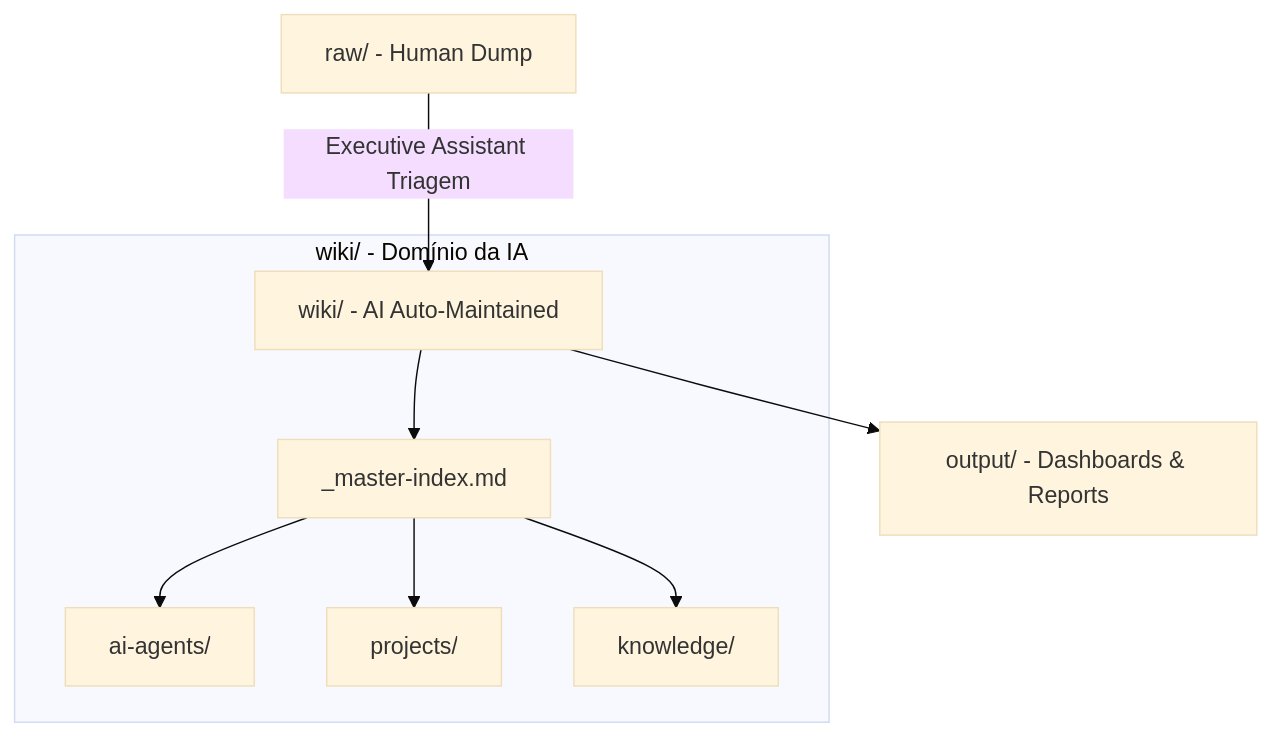
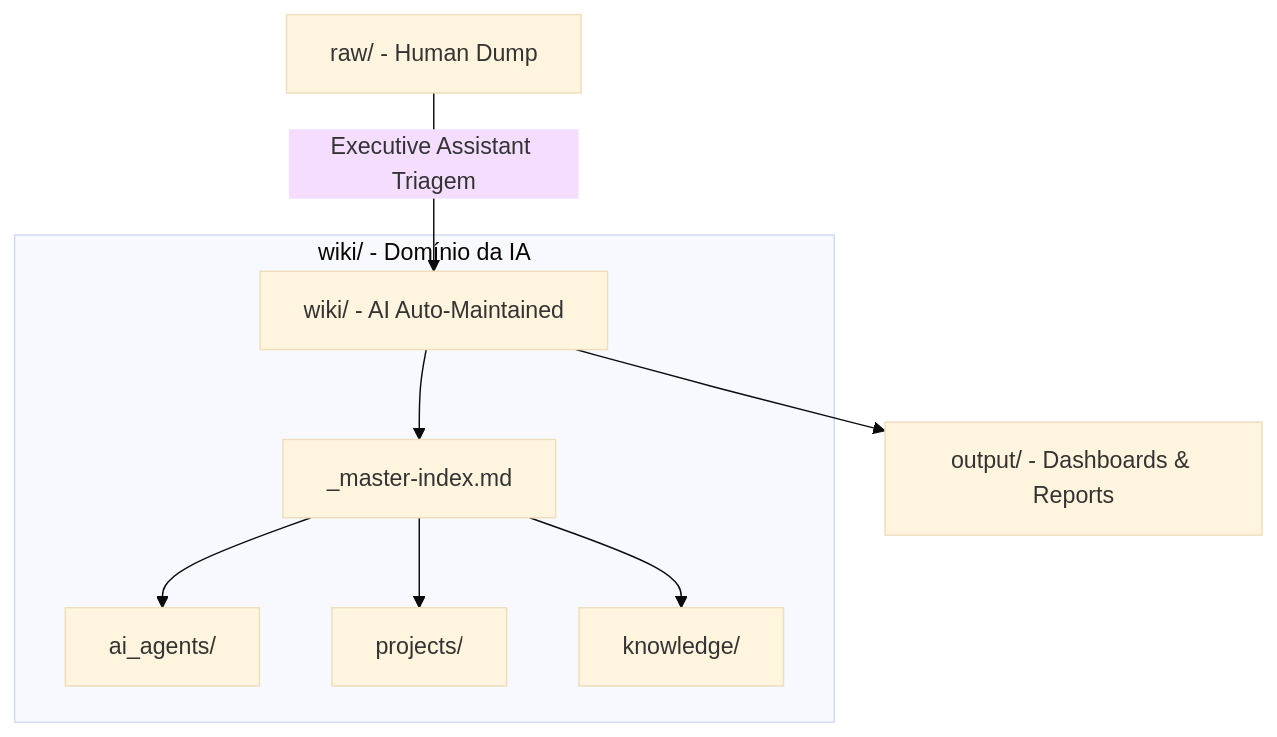
One commit to talesoftalles1-dev/tales-of-talles changed the diagram in 70 Sistema/_Spec JARVIS.md. Above: the diagram before and after it, drawn with Mermaid (base theme). The commit also changed other lines of this file and 7 other files, not shown here.

````diff
--- a/70 Sistema/_Spec JARVIS.md
+++ b/70 Sistema/_Spec JARVIS.md
@@ -46,12 +46,12 @@
 ```mermaid
 graph TD
     A["raw/ - Human Dump"] -->|"Executive Assistant Triagem"| B["wiki/ - AI Auto-Maintained"]
     B --> C["output/ - Dashboards & Reports"]
 
     subgraph W["wiki/ - Domínio da IA"]
         B --> B1["_master-index.md"]
-        B1 --> B2["ai-agents/"]
+        B1 --> B2["ai_agents/"]
         B1 --> B3["projects/"]
         B1 --> B4["knowledge/"]
     end
 ```
````
